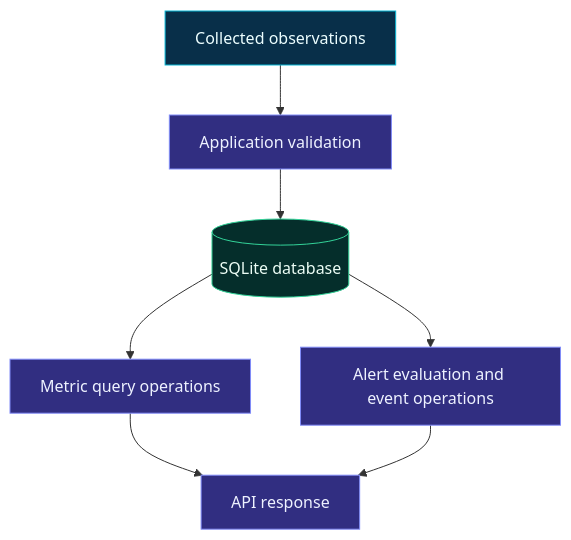
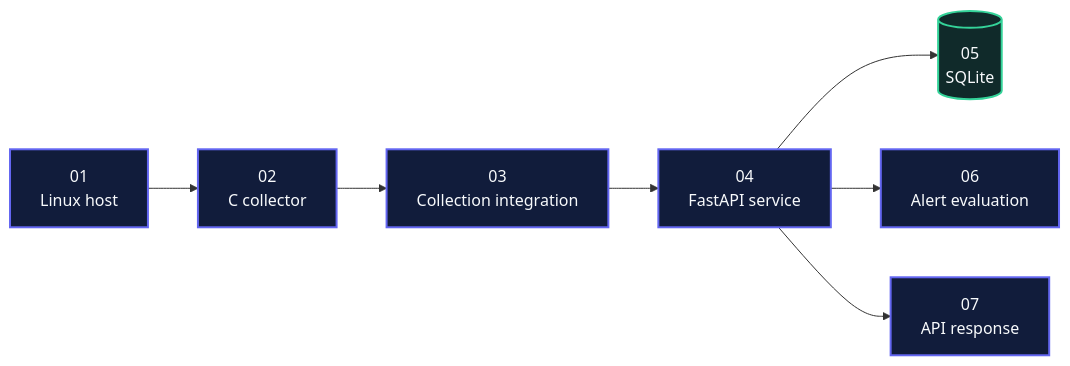
Before and after one commit to akankshad1712/sysatlas: the second of 3 diagrams in README.md, drawn with Mermaid. The commit also changed other lines of this file, not shown here.

````diff
--- a/README.md
+++ b/README.md
@@ -236,17 +114,15 @@
 ```mermaid
-flowchart TD
-    INPUT["Collected observations"] --> VALIDATE["Application validation"]
-    VALIDATE --> STORE[("SQLite database")]
-    STORE --> QUERY["Metric query operations"]
-    STORE --> ALERTS["Alert evaluation and event operations"]
-    QUERY --> RESPONSE["API response"]
-    ALERTS --> RESPONSE
+flowchart LR
+    A["01<br/>Linux host"] --> B["02<br/>C collector"]
+    B --> C["03<br/>Collection integration"]
+    C --> D["04<br/>FastAPI service"]
+    D --> E[("05<br/>SQLite")]
+    D --> F["06<br/>Alert evaluation"]
+    D --> G["07<br/>API response"]
 
-    classDef input fill:#082F49,stroke:#06B6D4,color:#ECFEFF
-    classDef logic fill:#312E81,stroke:#818CF8,color:#EEF2FF
-    classDef database fill:#052E2B,stroke:#34D399,color:#ECFDF5
+    classDef stage fill:#111C3B,stroke:#6366F1,color:#F8FAFC,stroke-width:2px
+    classDef data fill:#102A2A,stroke:#34D399,color:#F8FAFC,stroke-width:2px
 
-    class INPUT input
-    class VALIDATE,QUERY,ALERTS,RESPONSE logic
-    class STORE database
+    class A,B,C,D,F,G stage
+    class E data
 ```
````
